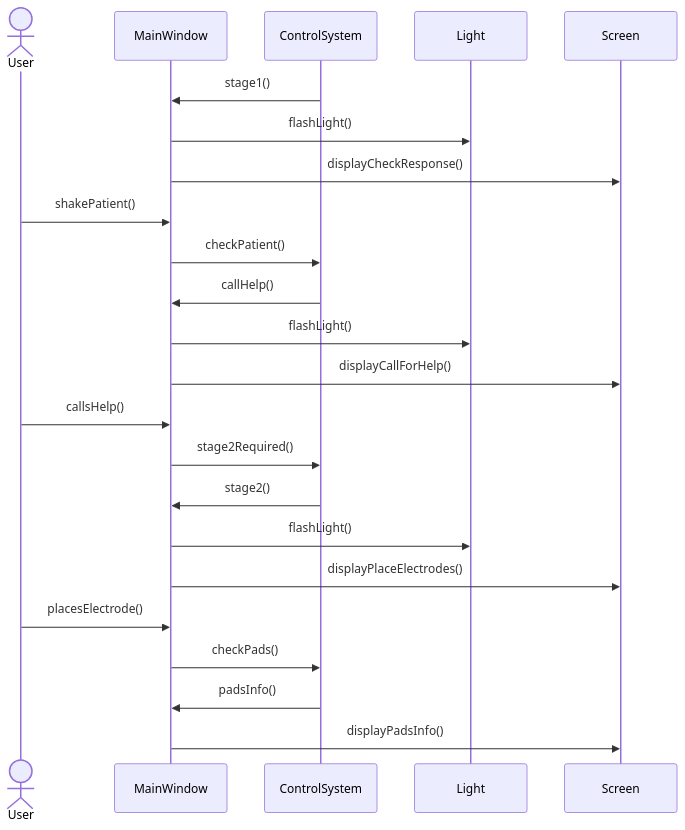
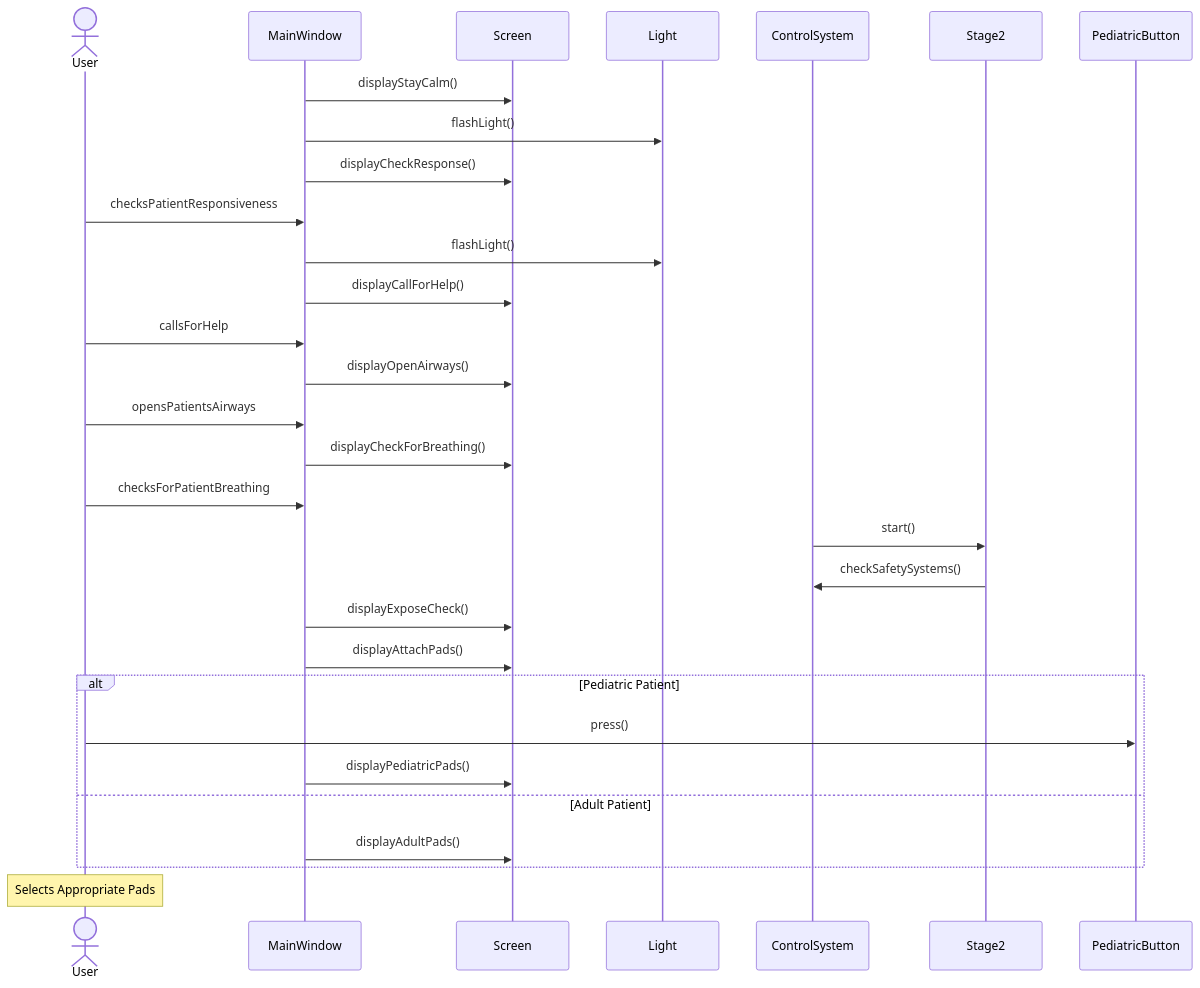
One commit to SaturnOperator/AED-System changed the second of 7 diagrams in README.md. Above: the diagram before and after it, drawn with Mermaid. The commit also changed other lines of this file, not shown here.

````diff
--- a/README.md
+++ b/README.md
@@ -52,25 +48,26 @@
 ```mermaid
 sequenceDiagram
 actor User
-participant MainWindow
-participant ControlSystem
-participant Light
-participant Screen
-    ControlSystem->>MainWindow: stage1()
+    MainWindow->>Screen: displayStayCalm()
     MainWindow->>Light: flashLight()
     MainWindow->>Screen: displayCheckResponse()
-    User->>MainWindow: shakePatient()
-    MainWindow->>ControlSystem: checkPatient()
-    ControlSystem->>MainWindow: callHelp()
+    User->>MainWindow: checksPatientResponsiveness
     MainWindow->>Light: flashLight()
     MainWindow->>Screen: displayCallForHelp()
-    User->>MainWindow: callsHelp()
-    MainWindow->>ControlSystem: stage2Required()
-    ControlSystem->>MainWindow: stage2()
-    MainWindow->>Light: flashLight()
-    MainWindow->>Screen: displayPlaceElectrodes()
-    User->>MainWindow: placesElectrode()
-    MainWindow->>ControlSystem: checkPads()
-    ControlSystem->>MainWindow: padsInfo()
-    MainWindow->>Screen: displayPadsInfo()
+    User->>MainWindow: callsForHelp
+    MainWindow->>Screen: displayOpenAirways()
+    User->>MainWindow: opensPatientsAirways
+    MainWindow->>Screen: displayCheckForBreathing()
+    User->>MainWindow: checksForPatientBreathing
+    ControlSystem->>Stage2: start()
+    Stage2->>ControlSystem: checkSafetySystems()
+    MainWindow->>Screen: displayExposeCheck()
+    MainWindow->>Screen: displayAttachPads()
+    alt Pediatric Patient
+        User->>PediatricButton: press()
+        MainWindow->>Screen: displayPediatricPads()
+    else Adult Patient
+        MainWindow->>Screen: displayAdultPads()
+    end
+    Note over User: Selects Appropriate Pads
 ```
````
